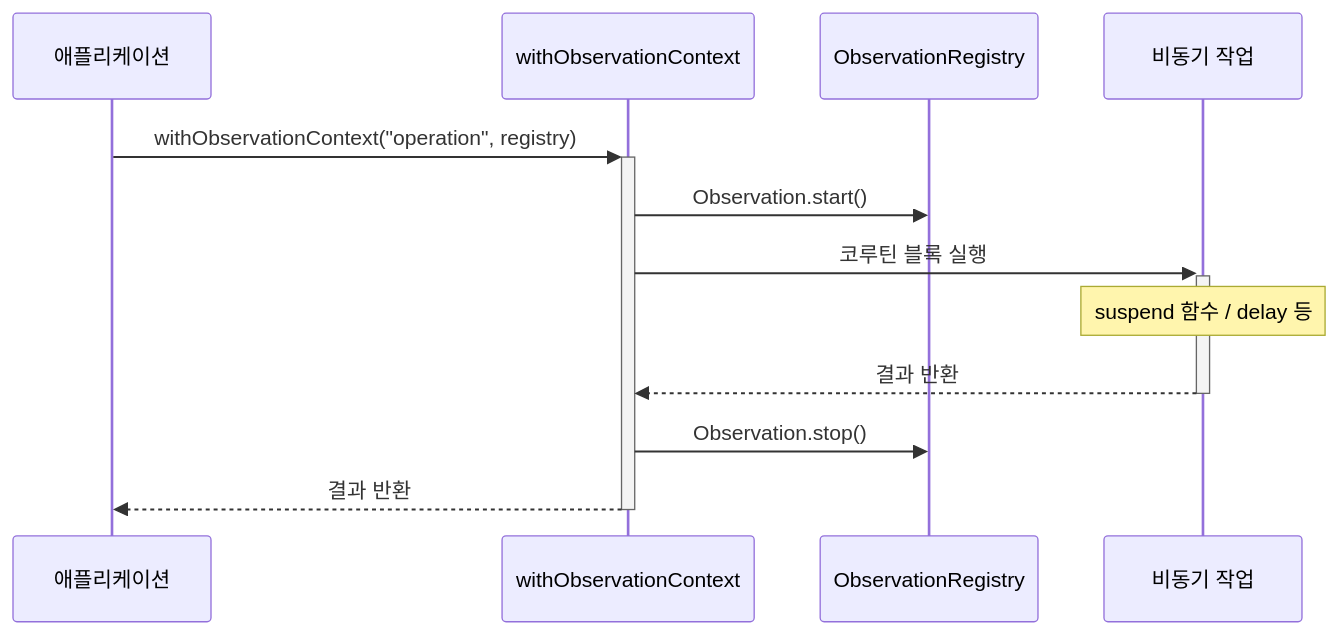
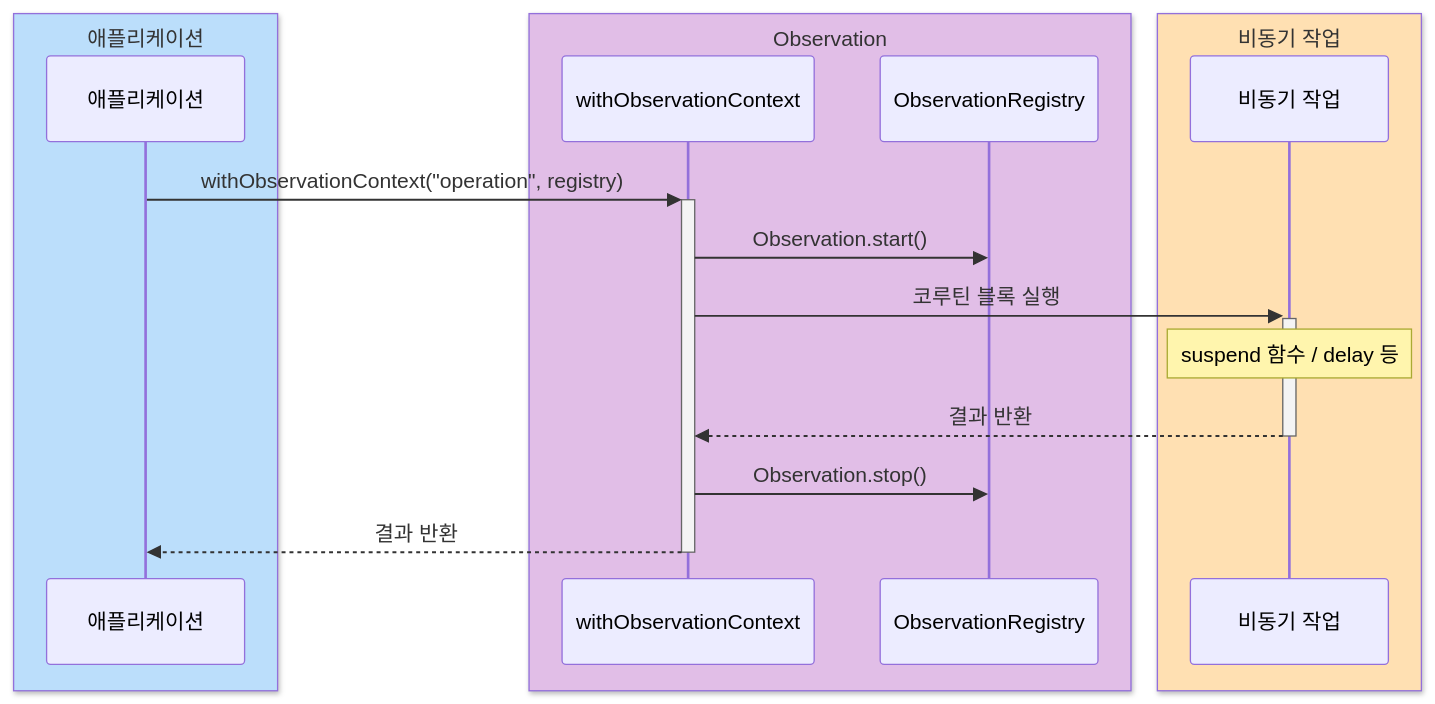
One commit to bluetape4k/bluetape4k-projects changed the fourth of 4 diagrams in infra/micrometer/README.ko.md. Above: the diagram before and after it, drawn with Mermaid. The commit also changed other lines of this file and 221 other files, not shown here.

First line of the commit message:
docs: 전체 모듈 README UML 다이어그램 보강 및 색상 업그레이드

````diff
--- a/infra/micrometer/README.ko.md
+++ b/infra/micrometer/README.ko.md
@@ -337,15 +360,21 @@
 ```mermaid
 sequenceDiagram
+    box rgb(187,222,251) 애플리케이션
     participant App as 애플리케이션
+    end
+    box rgb(225,190,231) Observation
     participant Obs as withObservationContext
     participant Registry as ObservationRegistry
+    end
+    box rgb(255,224,178) 비동기 작업
     participant Work as 비동기 작업
+    end
 
     App->>+Obs: withObservationContext("operation", registry)
     Obs->>Registry: Observation.start()
     Obs->>+Work: 코루틴 블록 실행
     Note over Work: suspend 함수 / delay 등
     Work-->>-Obs: 결과 반환
     Obs->>Registry: Observation.stop()
     Obs-->>-App: 결과 반환
 ```
````
